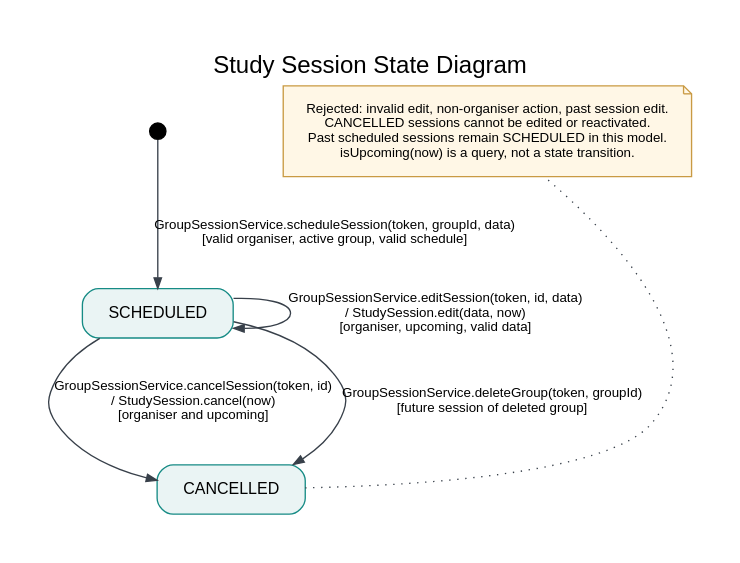
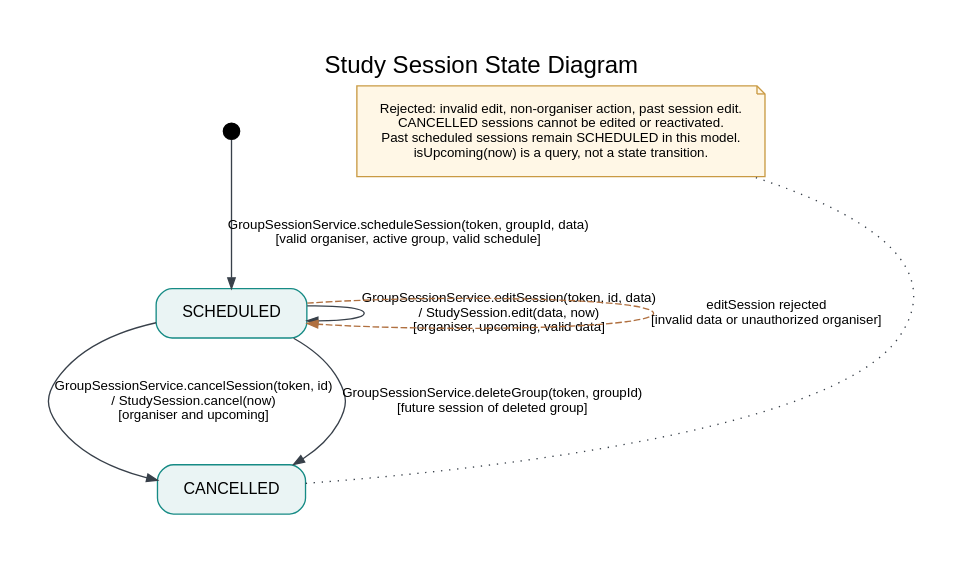
One commit to ErayGulerler/StudyMatch changed the diagram in docs/state-diagrams/sources/03_study_session.dot. Above: the diagram before and after it, drawn with Graphviz. The commit also changed 12 other files, not shown here.

Commit message:
Refine state diagrams for checkpoint 2

```diff
--- a/docs/state-diagrams/sources/03_study_session.dot
+++ b/docs/state-diagrams/sources/03_study_session.dot
@@ -1,13 +1,14 @@
 digraph G { 
 graph [rankdir=TB,bgcolor="white",pad="0.4",nodesep="0.6",ranksep="0.85",fontname="Arial",fontsize=18,label="Study Session State Diagram",labelloc=t];
 node [shape=box,style="rounded,filled",fillcolor="#EAF4F4",color="#168B85",fontname="Arial",fontsize=12,margin="0.25,0.16"];
 edge [fontname="Arial",fontsize=10,color="#38404A",arrowsize=0.8];
 start [shape=point,width=0.17,color=black,fillcolor=black,label=""];
 scheduled [label="SCHEDULED"]; cancelled [label="CANCELLED"];
 start -> scheduled [label="GroupSessionService.scheduleSession(token, groupId, data)\n[valid organiser, active group, valid schedule]"];
 scheduled -> scheduled [label="GroupSessionService.editSession(token, id, data)\n/ StudySession.edit(data, now)\n[organiser, upcoming, valid data]"];
 scheduled -> cancelled [label="GroupSessionService.cancelSession(token, id)\n/ StudySession.cancel(now)\n[organiser and upcoming]"];
 scheduled -> cancelled [label="GroupSessionService.deleteGroup(token, groupId)\n[future session of deleted group]"];
+scheduled -> scheduled [label="editSession rejected\n[invalid data or unauthorized organiser]",style=dashed,color="#B07040"];
 note [shape=note,style=filled,fillcolor="#FFF7E6",color="#C99A43",fontsize=10,label="Rejected: invalid edit, non-organiser action, past session edit.\nCANCELLED sessions cannot be edited or reactivated.\nPast scheduled sessions remain SCHEDULED in this model.\nisUpcoming(now) is a query, not a state transition."];
 cancelled -> note [style=dotted,arrowhead=none,constraint=false];
 }
```
